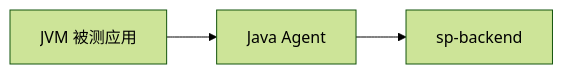
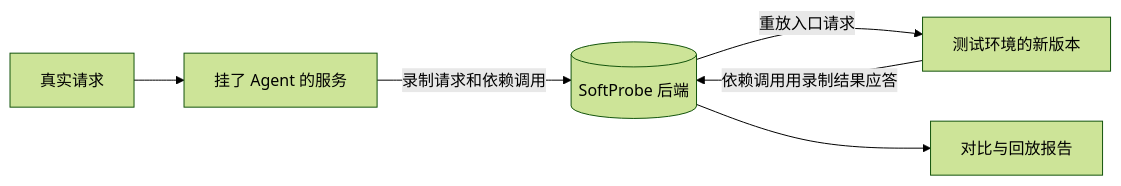
Before and after one commit to softprobe/document-website: the diagram in zh/testing/index.md, drawn with Mermaid (forest theme). The commit also changed other lines of this file and 102 other files, not shown here.

````diff
--- a/zh/testing/index.md
+++ b/zh/testing/index.md
@@ -42,8 +19,8 @@
 ```mermaid
 flowchart LR
-  App[JVM 被测应用]
-  Agent[Java Agent]
-  Backend[sp-backend]
-  App --> Agent
-  Agent --> Backend
+  A[真实请求] --> B[挂了 Agent 的服务]
+  B -->|录制请求和依赖调用| C[(SoftProbe 后端)]
+  C -->|重放入口请求| D[测试环境的新版本]
+  D -->|依赖调用用录制结果应答| C
+  C --> E[对比与回放报告]
 ```
````
